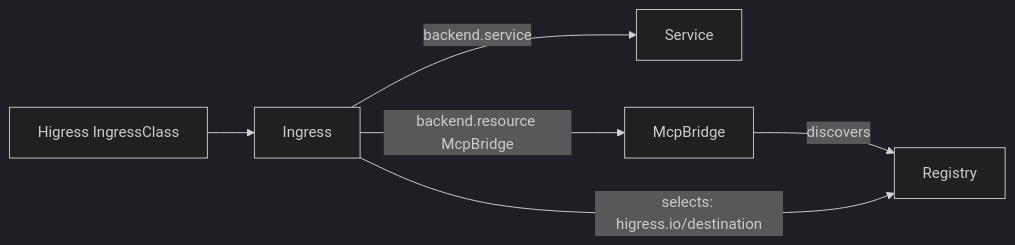
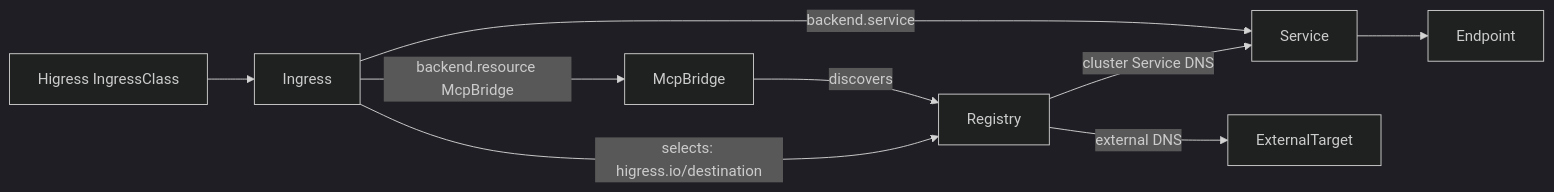
One commit to yebi511/GateLens changed the diagram in docs/09-higress-ingress-mcpbridge.md. Above: the diagram before and after it, drawn with Mermaid (dark theme). The commit also changed other lines of this file and 8 other files, not shown here.

````diff
--- a/docs/09-higress-ingress-mcpbridge.md
+++ b/docs/09-higress-ingress-mcpbridge.md
@@ -18,8 +18,11 @@
 ```mermaid
 flowchart LR
   HC["Higress IngressClass"] --> I["Ingress"]
   I -->|"backend.service"| S["Service"]
   I -->|"backend.resource McpBridge"| M["McpBridge"]
   M -->|"discovers"| R["Registry"]
   I -->|"selects: higress.io/destination"| R
+  R -->|"cluster Service DNS"| S["Service"]
+  S --> E["Endpoint"]
+  R -->|"external DNS"| X["ExternalTarget"]
 ```
````
